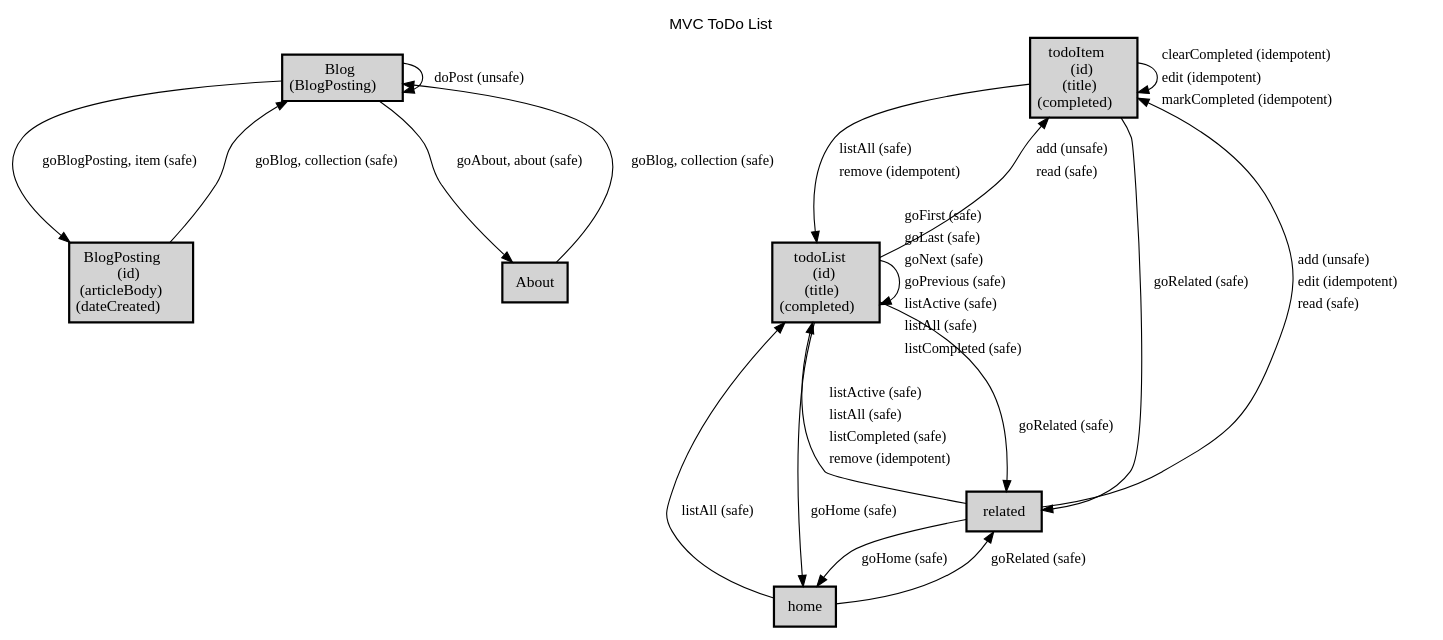
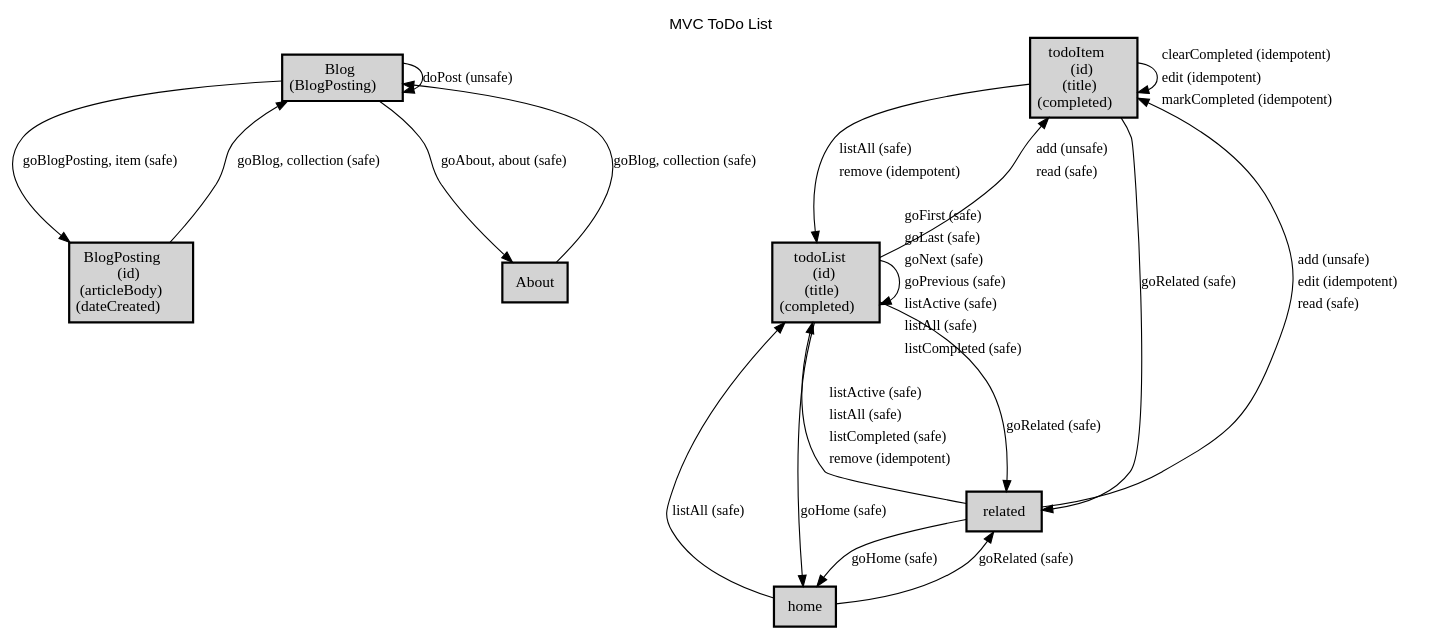
One commit to alps-asd/app-state-diagram changed the diagram in docs/todomvc/profile.dot. Above: the diagram before and after it, drawn with Graphviz. The commit also changed 24 other files, not shown here.

```diff
--- a/docs/todomvc/profile.dot
+++ b/docs/todomvc/profile.dot
@@ -1,37 +1,37 @@
 digraph application_state_diagram {
   graph [
     labelloc="t";
     fontname="Helvetica"
     label="MVC ToDo List";
     URL="index.html" target="_parent"
   ];
   node [shape = box, style = "bold,filled" fillcolor="lightgray"];
 
     Blog [margin=0.02, label=<<table cellspacing="0" cellpadding="5" border="0"><tr><td>Blog<br />(BlogPosting)<br /></td></tr></table>>,shape=box URL="docs/semantic.Blog.html" target="_parent"]
     BlogPosting [margin=0.02, label=<<table cellspacing="0" cellpadding="5" border="0"><tr><td>BlogPosting<br />(id)<br />(articleBody)<br />(dateCreated)<br /></td></tr></table>>,shape=box URL="docs/semantic.BlogPosting.html" target="_parent"]
     todoItem [margin=0.02, label=<<table cellspacing="0" cellpadding="5" border="0"><tr><td>todoItem<br />(id)<br />(title)<br />(completed)<br /></td></tr></table>>,shape=box URL="docs/semantic.todoItem.html" target="_parent"]
     todoList [margin=0.02, label=<<table cellspacing="0" cellpadding="5" border="0"><tr><td>todoList<br />(id)<br />(title)<br />(completed)<br /></td></tr></table>>,shape=box URL="docs/semantic.todoList.html" target="_parent"]
 
-    About -> Blog [label = "goBlog, collection (safe)" URL="docs/safe.goBlog.html" target="_parent" fontsize=13];
-    Blog -> About [label = "goAbout, about (safe)" URL="docs/safe.goAbout.html" target="_parent" fontsize=13];
-    Blog -> Blog [label = "doPost (unsafe)" URL="docs/unsafe.doPost.html" target="_parent" fontsize=13];
-    Blog -> BlogPosting [label = "goBlogPosting, item (safe)" URL="docs/safe.goBlogPosting.html" target="_parent" fontsize=13];
-    BlogPosting -> Blog [label = "goBlog, collection (safe)" URL="docs/safe.goBlog.html" target="_parent" fontsize=13];
-    home -> related [label = "goRelated (safe)" URL="docs/safe.goRelated.html" target="_parent" fontsize=13];
-    home -> todoList [label = "listAll (safe)" URL="docs/safe.listAll.html" target="_parent" fontsize=13];
-    related -> home [label = "goHome (safe)" URL="docs/safe.goHome.html" target="_parent" fontsize=13];
+    About -> Blog [label = <goBlog, collection (safe)> URL="docs/safe.goBlog.html" target="_parent" fontsize=13];
+    Blog -> About [label = <goAbout, about (safe)> URL="docs/safe.goAbout.html" target="_parent" fontsize=13];
+    Blog -> Blog [label = <doPost (unsafe)> URL="docs/unsafe.doPost.html" target="_parent" fontsize=13];
+    Blog -> BlogPosting [label = <goBlogPosting, item (safe)> URL="docs/safe.goBlogPosting.html" target="_parent" fontsize=13];
+    BlogPosting -> Blog [label = <goBlog, collection (safe)> URL="docs/safe.goBlog.html" target="_parent" fontsize=13];
+    home -> related [label = <goRelated (safe)> URL="docs/safe.goRelated.html" target="_parent" fontsize=13];
+    home -> todoList [label = <listAll (safe)> URL="docs/safe.listAll.html" target="_parent" fontsize=13];
+    related -> home [label = <goHome (safe)> URL="docs/safe.goHome.html" target="_parent" fontsize=13];
     related -> todoItem [label=<<table  border="0"><tr><td align="left" href="docs/unsafe.add.html">add (unsafe)</td></tr><tr><td align="left" href="docs/idempotent.edit.html">edit (idempotent)</td></tr><tr><td align="left" href="docs/safe.read.html">read (safe)</td></tr></table>> fontsize=13];
     related -> todoList [label=<<table  border="0"><tr><td align="left" href="docs/safe.listActive.html">listActive (safe)</td></tr><tr><td align="left" href="docs/safe.listAll.html">listAll (safe)</td></tr><tr><td align="left" href="docs/safe.listCompleted.html">listCompleted (safe)</td></tr><tr><td align="left" href="docs/idempotent.remove.html">remove (idempotent)</td></tr></table>> fontsize=13];
-    todoItem -> related [label = "goRelated (safe)" URL="docs/safe.goRelated.html" target="_parent" fontsize=13];
+    todoItem -> related [label = <goRelated (safe)> URL="docs/safe.goRelated.html" target="_parent" fontsize=13];
     todoItem -> todoItem [label=<<table  border="0"><tr><td align="left" href="docs/idempotent.clearCompleted.html">clearCompleted (idempotent)</td></tr><tr><td align="left" href="docs/idempotent.edit.html">edit (idempotent)</td></tr><tr><td align="left" href="docs/idempotent.markCompleted.html">markCompleted (idempotent)</td></tr></table>> fontsize=13];
     todoItem -> todoList [label=<<table  border="0"><tr><td align="left" href="docs/safe.listAll.html">listAll (safe)</td></tr><tr><td align="left" href="docs/idempotent.remove.html">remove (idempotent)</td></tr></table>> fontsize=13];
-    todoList -> home [label = "goHome (safe)" URL="docs/safe.goHome.html" target="_parent" fontsize=13];
-    todoList -> related [label = "goRelated (safe)" URL="docs/safe.goRelated.html" target="_parent" fontsize=13];
+    todoList -> home [label = <goHome (safe)> URL="docs/safe.goHome.html" target="_parent" fontsize=13];
+    todoList -> related [label = <goRelated (safe)> URL="docs/safe.goRelated.html" target="_parent" fontsize=13];
     todoList -> todoItem [label=<<table  border="0"><tr><td align="left" href="docs/unsafe.add.html">add (unsafe)</td></tr><tr><td align="left" href="docs/safe.read.html">read (safe)</td></tr></table>> fontsize=13];
     todoList -> todoList [label=<<table  border="0"><tr><td align="left" href="docs/safe.goFirst.html">goFirst (safe)</td></tr><tr><td align="left" href="docs/safe.goLast.html">goLast (safe)</td></tr><tr><td align="left" href="docs/safe.goNext.html">goNext (safe)</td></tr><tr><td align="left" href="docs/safe.goPrevious.html">goPrevious (safe)</td></tr><tr><td align="left" href="docs/safe.listActive.html">listActive (safe)</td></tr><tr><td align="left" href="docs/safe.listAll.html">listAll (safe)</td></tr><tr><td align="left" href="docs/safe.listCompleted.html">listCompleted (safe)</td></tr></table>> fontsize=13];
 
-    About [URL="docs/semantic.About.html" target="_parent"]
-    home [URL="docs/semantic.home.html" target="_parent"]
-    related [URL="docs/semantic.related.html" target="_parent"]
+    About [label = <About> URL="docs/semantic.About.html" target="_parent"]
+    home [label = <home> URL="docs/semantic.home.html" target="_parent"]
+    related [label = <related> URL="docs/semantic.related.html" target="_parent"]
 
 }
```
